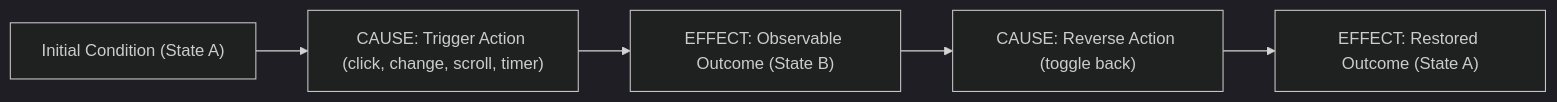
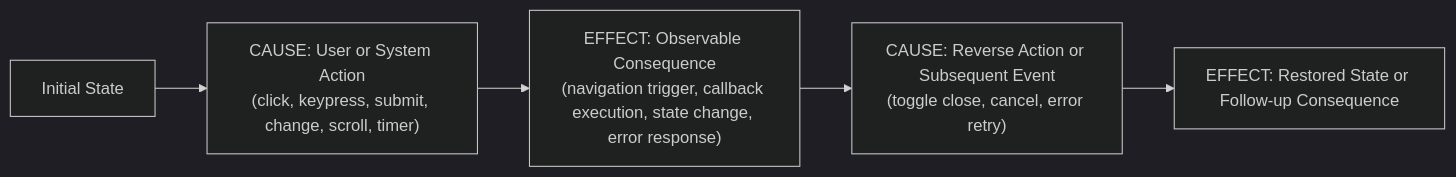
The diagram in .agents/skills/code-review/rules/004-behavioral-testing.md (devin-davis-dev/PersonalSite), drawn with Mermaid (dark theme) before and after one commit. The commit also changed other lines of this file and 2 other files, not shown here.

````diff
--- a/.agents/skills/code-review/rules/004-behavioral-testing.md
+++ b/.agents/skills/code-review/rules/004-behavioral-testing.md
@@ -23,7 +23,7 @@
 ```mermaid
 flowchart LR
-    A["Initial Condition (State A)"] --> B["CAUSE: Trigger Action (click, change, scroll, timer)"]
-    B --> C["EFFECT: Observable Outcome (State B)"]
-    C --> D["CAUSE: Reverse Action (toggle back)"]
-    D --> E["EFFECT: Restored Outcome (State A)"]
+    A["Initial State"] --> B["CAUSE: User or System Action\n(click, keypress, submit, change, scroll, timer)"]
+    B --> C["EFFECT: Observable Consequence\n(navigation trigger, callback execution, state change, error response)"]
+    C --> D["CAUSE: Reverse Action or Subsequent Event\n(toggle close, cancel, error retry)"]
+    D --> E["EFFECT: Restored State or Follow-up Consequence"]
 ```
````
